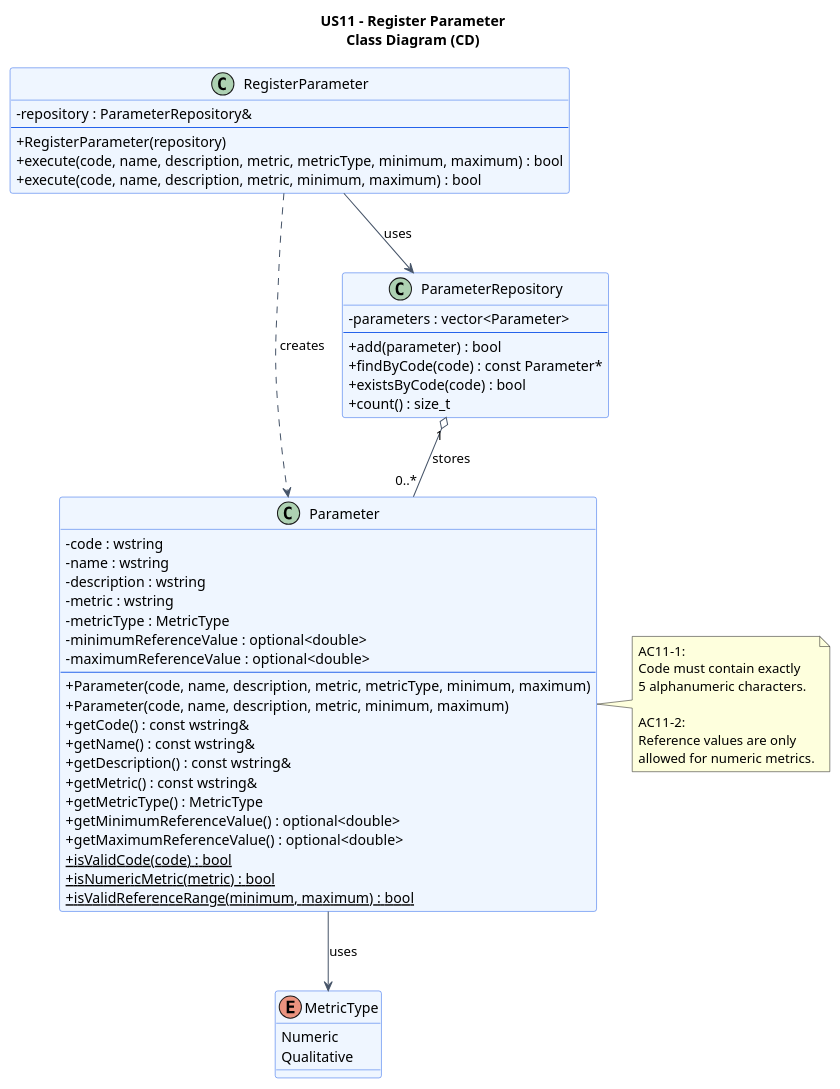
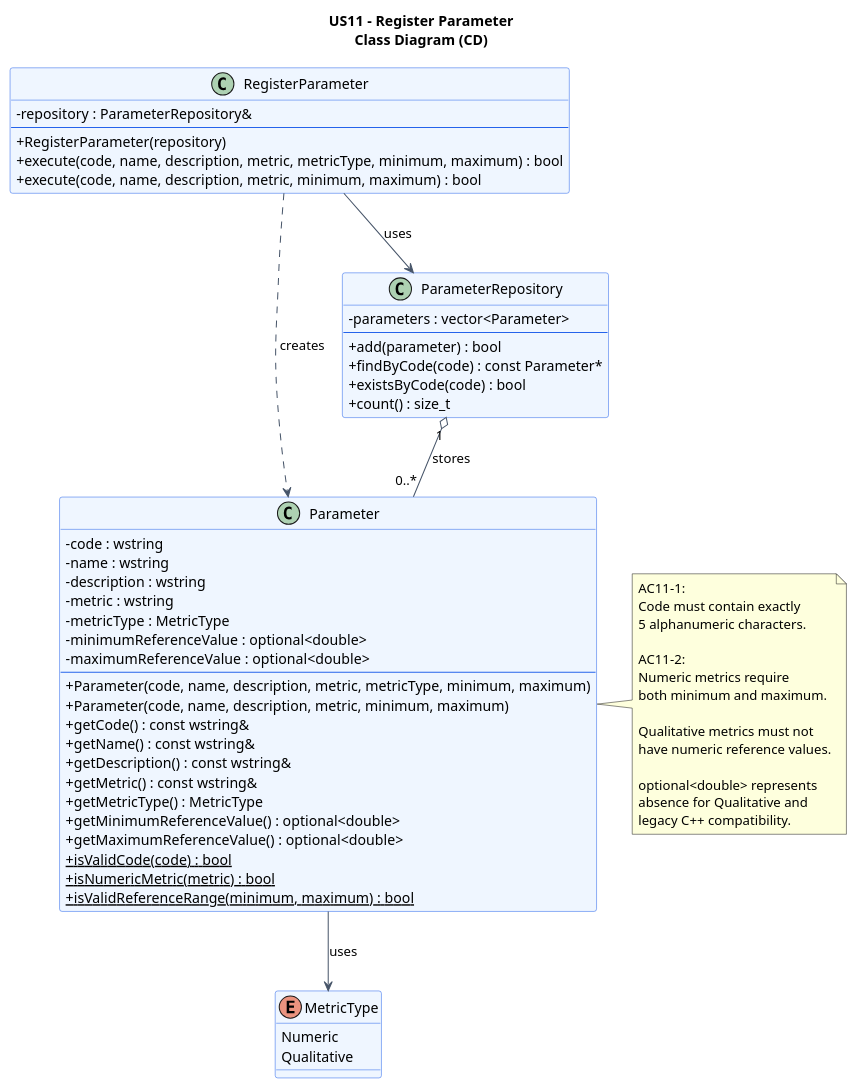
The diagram in docs/system-documentation/US11/puml/US11-CD.puml (jmaia574/leti-esoft-26-27-B6), drawn with PlantUML before and after one commit. The commit also changed 6 other files, not shown here.

```diff
--- a/docs/system-documentation/US11/puml/US11-CD.puml
+++ b/docs/system-documentation/US11/puml/US11-CD.puml
@@ -1,71 +1,79 @@
 @startuml
+
 title US11 - Register Parameter\nClass Diagram (CD)
 
 skinparam backgroundColor #FFFFFF
 skinparam shadowing false
 skinparam classAttributeIconSize 0
 skinparam classBorderColor #2563EB
 skinparam classBackgroundColor #EFF6FF
 skinparam ArrowColor #475569
 
 enum MetricType {
     Numeric
     Qualitative
 }
 
 class Parameter {
     - code : wstring
     - name : wstring
     - description : wstring
     - metric : wstring
     - metricType : MetricType
     - minimumReferenceValue : optional<double>
     - maximumReferenceValue : optional<double>
     --
     + Parameter(code, name, description, metric, metricType, minimum, maximum)
     + Parameter(code, name, description, metric, minimum, maximum)
     + getCode() : const wstring&
     + getName() : const wstring&
     + getDescription() : const wstring&
     + getMetric() : const wstring&
     + getMetricType() : MetricType
     + getMinimumReferenceValue() : optional<double>
     + getMaximumReferenceValue() : optional<double>
     + {static} isValidCode(code) : bool
     + {static} isNumericMetric(metric) : bool
     + {static} isValidReferenceRange(minimum, maximum) : bool
 }
 
 class ParameterRepository {
     - parameters : vector<Parameter>
     --
     + add(parameter) : bool
     + findByCode(code) : const Parameter*
     + existsByCode(code) : bool
     + count() : size_t
 }
 
 class RegisterParameter {
     - repository : ParameterRepository&
     --
     + RegisterParameter(repository)
     + execute(code, name, description, metric, metricType, minimum, maximum) : bool
     + execute(code, name, description, metric, minimum, maximum) : bool
 }
 
 Parameter --> MetricType : uses
 ParameterRepository "1" o-- "0..*" Parameter : stores
 RegisterParameter --> ParameterRepository : uses
 RegisterParameter ..> Parameter : creates
 
 note right of Parameter
 AC11-1:
 Code must contain exactly
 5 alphanumeric characters.
 
 AC11-2:
-Reference values are only
-allowed for numeric metrics.
+Numeric metrics require
+both minimum and maximum.
+
+Qualitative metrics must not
+have numeric reference values.
+
+optional<double> represents
+absence for Qualitative and
+legacy C++ compatibility.
 end note
 
 @enduml
```
